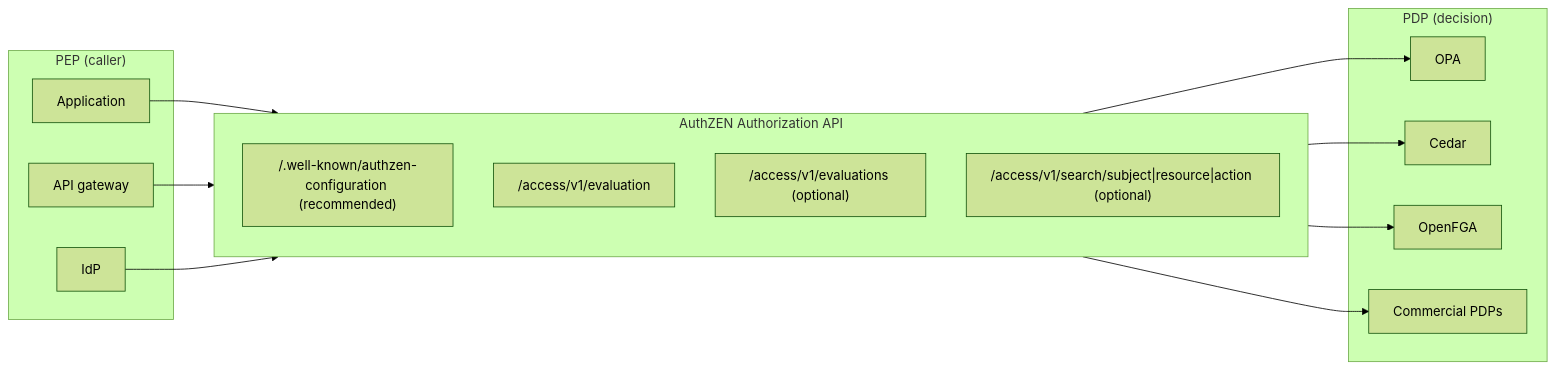
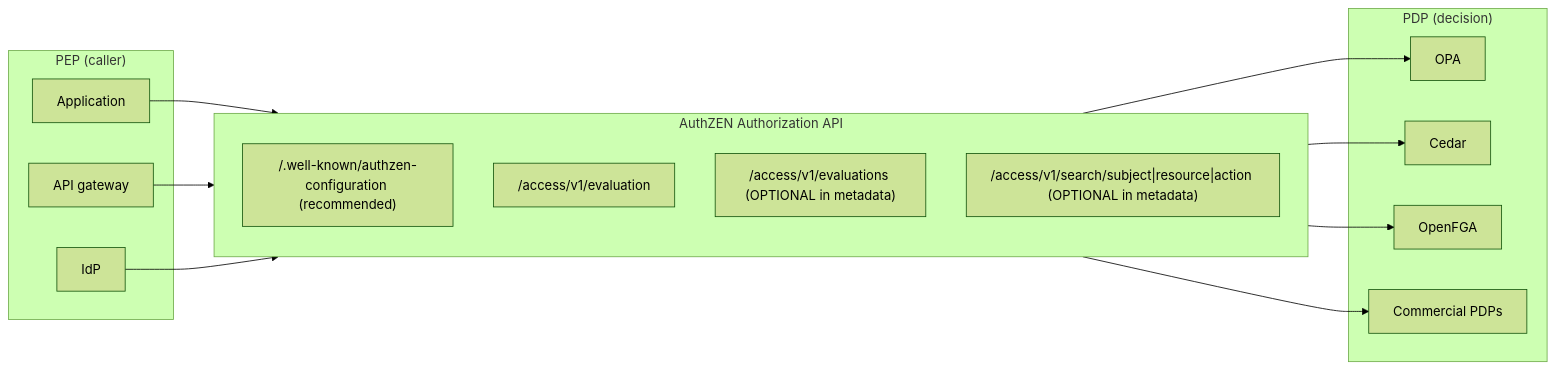
Before and after one commit to bmf-san/bmf-tech: the diagram in content/en/posts/authzen-authorization-api.md, drawn with Mermaid (forest theme). The commit also changed 1 other file, not shown here.

Commit message:
fix: AuthZEN の記事の全体像の図のラベルを、メタデータで任意という明文に合わせる
§9.1.1 で OPTIONAL なのはメタデータのパラメータなので、図の一括判定と検索のラベルを「メタデータで任意」とした

````diff
--- a/content/en/posts/authzen-authorization-api.md
+++ b/content/en/posts/authzen-authorization-api.md
@@ -39,27 +39,27 @@
 ```mermaid
 flowchart LR
     subgraph PEPs["PEP (caller)"]
         APP["Application"]
         GW["API gateway"]
         IDP["IdP"]
     end
     subgraph API["AuthZEN Authorization API"]
         META["/.well-known/authzen-configuration (recommended)"]
         EV["/access/v1/evaluation"]
-        EVS["/access/v1/evaluations (optional)"]
-        SR["/access/v1/search/subject|resource|action (optional)"]
+        EVS["/access/v1/evaluations (OPTIONAL in metadata)"]
+        SR["/access/v1/search/subject|resource|action (OPTIONAL in metadata)"]
     end
     subgraph PDPs["PDP (decision)"]
         OPA["OPA"]
         CEDAR["Cedar"]
         FGA["OpenFGA"]
         OTHER["Commercial PDPs"]
     end
     APP --> API
     GW --> API
     IDP --> API
     API --> OPA
     API --> CEDAR
     API --> FGA
     API --> OTHER
 ```
````
